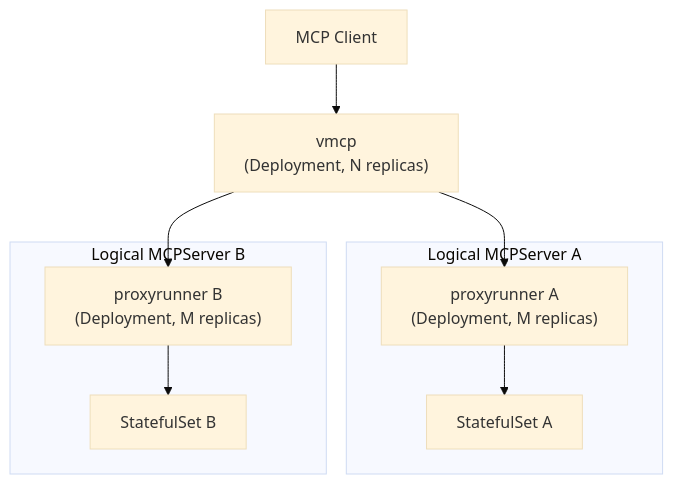
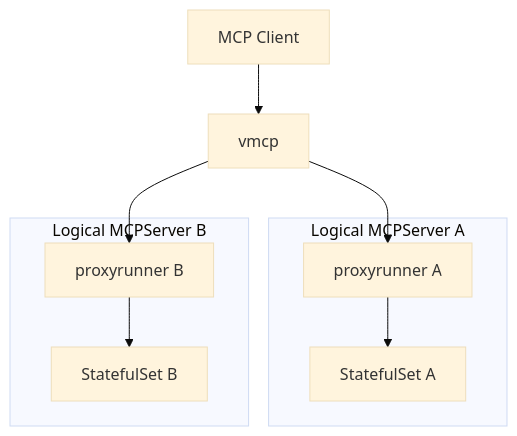
One commit to stacklok/toolhive-rfcs changed the first of 2 diagrams in rfcs/THV-XXXX-vmcp-proxyrunner-horizontal-scaling.md. Above: the diagram before and after it, drawn with Mermaid (base theme). The commit also changed other lines of this file, not shown here.

````diff
--- a/rfcs/THV-XXXX-vmcp-proxyrunner-horizontal-scaling.md
+++ b/rfcs/THV-XXXX-vmcp-proxyrunner-horizontal-scaling.md
@@ -25,21 +25,21 @@
 ```mermaid
 graph TB
     Client[MCP Client]
-    VMCP["vmcp<br/>(Deployment, N replicas)"]
+    VMCP[vmcp]
 
     subgraph "Logical MCPServer A"
-        PR_A["proxyrunner A<br/>(Deployment, M replicas)"]
-        STS_A["StatefulSet A"]
+        PR_A[proxyrunner A]
+        STS_A[StatefulSet A]
     end
 
     subgraph "Logical MCPServer B"
-        PR_B["proxyrunner B<br/>(Deployment, M replicas)"]
-        STS_B["StatefulSet B"]
+        PR_B[proxyrunner B]
+        STS_B[StatefulSet B]
     end
 
     Client --> VMCP
     VMCP --> PR_A
     VMCP --> PR_B
     PR_A --> STS_A
     PR_B --> STS_B
 ```
````
